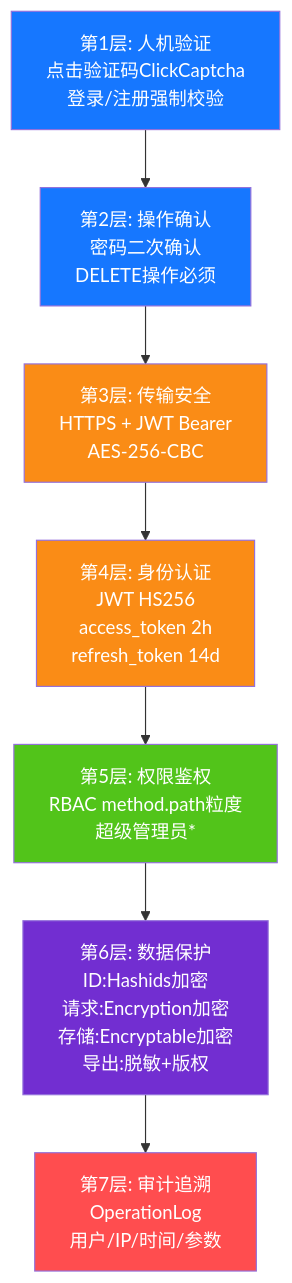
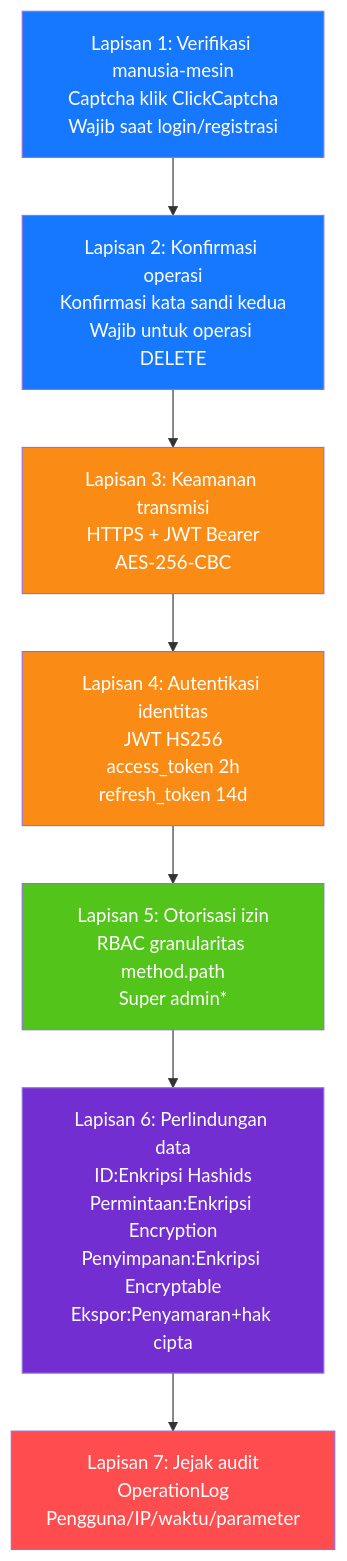
One commit to erikwang2013/game-platform-php changed the diagram in admin/docs/diagrams/11-security-defense.id.md. Above: the diagram before and after it, drawn with Mermaid. The commit also changed 211 other files, not shown here.

First line of the commit message:
fix: 支付配置读回类型根治、提现事件对账巡检，12 语族 mermaid 与 API 标签本地化

````diff
--- a/admin/docs/diagrams/11-security-defense.id.md
+++ b/admin/docs/diagrams/11-security-defense.id.md
@@ -7,20 +7,20 @@
 ```mermaid
 flowchart TB
-    l1["第1层: 人机验证<br/>点击验证码ClickCaptcha<br/>登录/注册强制校验"]
-    l2["第2层: 操作确认<br/>密码二次确认<br/>DELETE操作必须"]
-    l3["第3层: 传输安全<br/>HTTPS + JWT Bearer<br/>AES-256-CBC"]
-    l4["第4层: 身份认证<br/>JWT HS256<br/>access_token 2h<br/>refresh_token 14d"]
-    l5["第5层: 权限鉴权<br/>RBAC method.path粒度<br/>超级管理员*"]
-    l6["第6层: 数据保护<br/>ID:Hashids加密<br/>请求:Encryption加密<br/>存储:Encryptable加密<br/>导出:脱敏+版权"]
-    l7["第7层: 审计追溯<br/>OperationLog<br/>用户/IP/时间/参数"]
+    l1["Lapisan 1: Verifikasi manusia-mesin<br/>Captcha klik ClickCaptcha<br/>Wajib saat login/registrasi"]
+    l2["Lapisan 2: Konfirmasi operasi<br/>Konfirmasi kata sandi kedua<br/>Wajib untuk operasi DELETE"]
+    l3["Lapisan 3: Keamanan transmisi<br/>HTTPS + JWT Bearer<br/>AES-256-CBC"]
+    l4["Lapisan 4: Autentikasi identitas<br/>JWT HS256<br/>access_token 2h<br/>refresh_token 14d"]
+    l5["Lapisan 5: Otorisasi izin<br/>RBAC granularitas method.path<br/>Super admin*"]
+    l6["Lapisan 6: Perlindungan data<br/>ID:Enkripsi Hashids<br/>Permintaan:Enkripsi Encryption<br/>Penyimpanan:Enkripsi Encryptable<br/>Ekspor:Penyamaran+hak cipta"]
+    l7["Lapisan 7: Jejak audit<br/>OperationLog<br/>Pengguna/IP/waktu/parameter"]
 
     l1 --> l2 --> l3 --> l4 --> l5 --> l6 --> l7
 
     style l1 fill:#1677FF,color:#fff
     style l2 fill:#1677FF,color:#fff
     style l3 fill:#FA8C16,color:#fff
     style l4 fill:#FA8C16,color:#fff
     style l5 fill:#52C41A,color:#fff
     style l6 fill:#722ED1,color:#fff
     style l7 fill:#FF4D4F,color:#fff
 ```
````
